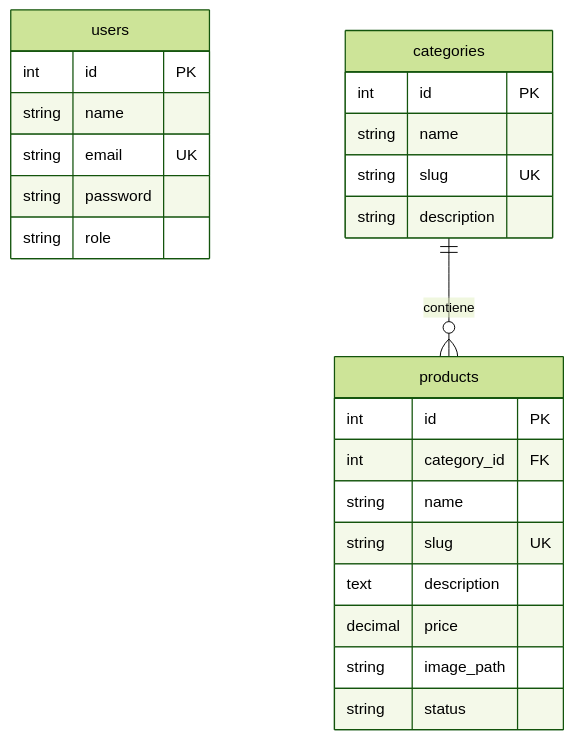
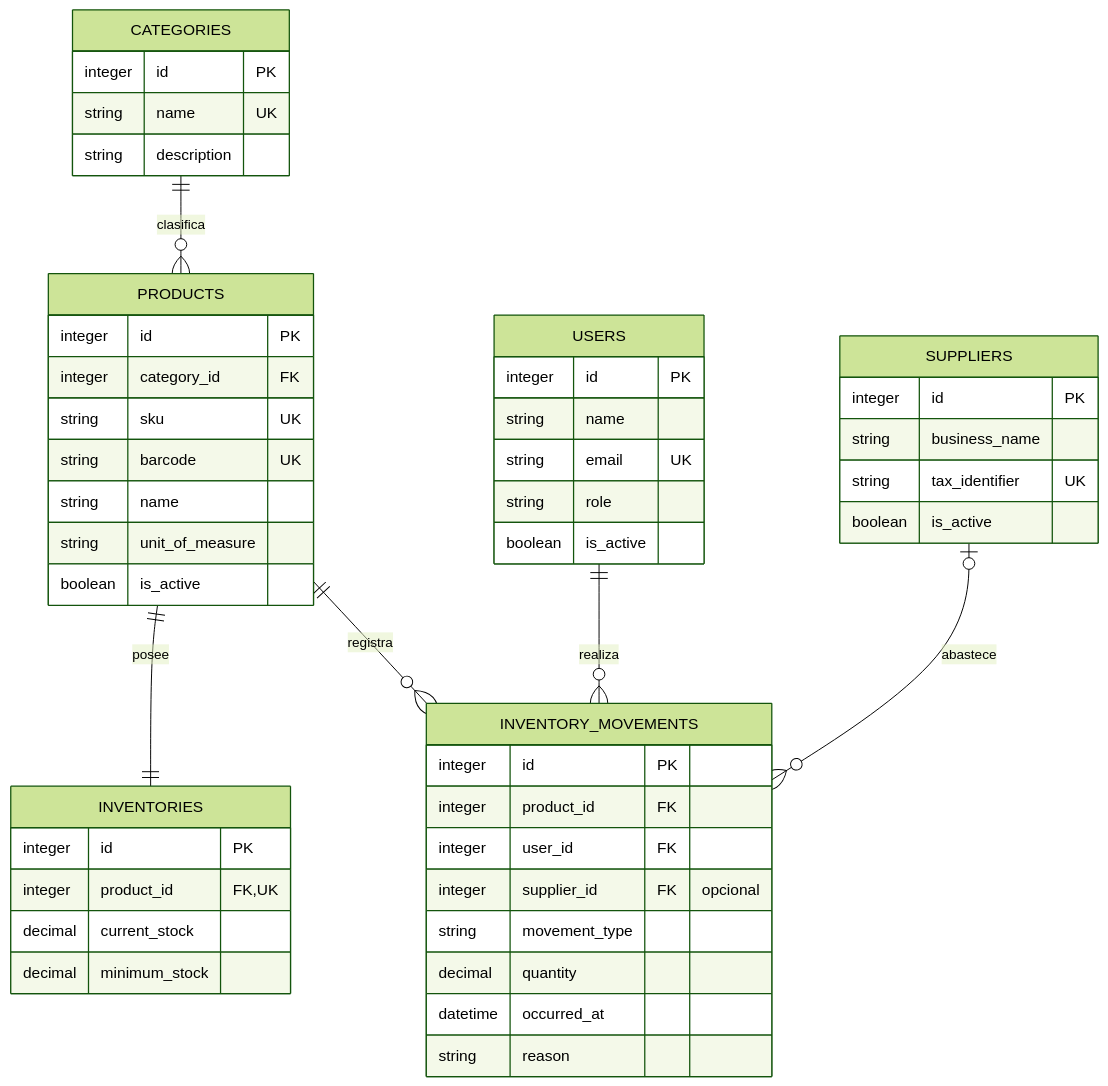
One commit to jhostynelian1009/superstock changed the diagram in spec/base_datos.md. Above: the diagram before and after it, drawn with Mermaid (forest theme). The commit also changed other lines of this file and 26 other files, not shown here.

````diff
--- a/spec/base_datos.md
+++ b/spec/base_datos.md
@@ -7,28 +152,52 @@
 ```mermaid
 erDiagram
-    users {
-        int id PK
+    USERS {
+        integer id PK
         string name
         string email UK
-        string password
         string role
+        boolean is_active
     }
-    categories {
-        int id PK
-        string name
-        string slug UK
+    CATEGORIES {
+        integer id PK
+        string name UK
         string description
     }
-    products {
-        int id PK
-        int category_id FK
+    PRODUCTS {
+        integer id PK
+        integer category_id FK
+        string sku UK
+        string barcode UK
         string name
-        string slug UK
-        text description
-        decimal price
-        string image_path
-        string status
+        string unit_of_measure
+        boolean is_active
+    }
+    SUPPLIERS {
+        integer id PK
+        string business_name
+        string tax_identifier UK
+        boolean is_active
+    }
+    INVENTORIES {
+        integer id PK
+        integer product_id FK, UK
+        decimal current_stock
+        decimal minimum_stock
+    }
+    INVENTORY_MOVEMENTS {
+        integer id PK
+        integer product_id FK
+        integer user_id FK
+        integer supplier_id FK "opcional"
+        string movement_type
+        decimal quantity
+        datetime occurred_at
+        string reason
     }
 
-    categories ||--o{ products : "contiene"
+    CATEGORIES ||--o{ PRODUCTS : clasifica
+    PRODUCTS ||--|| INVENTORIES : posee
+    PRODUCTS ||--o{ INVENTORY_MOVEMENTS : registra
+    USERS ||--o{ INVENTORY_MOVEMENTS : realiza
+    SUPPLIERS o|--o{ INVENTORY_MOVEMENTS : abastece
 ```
````
